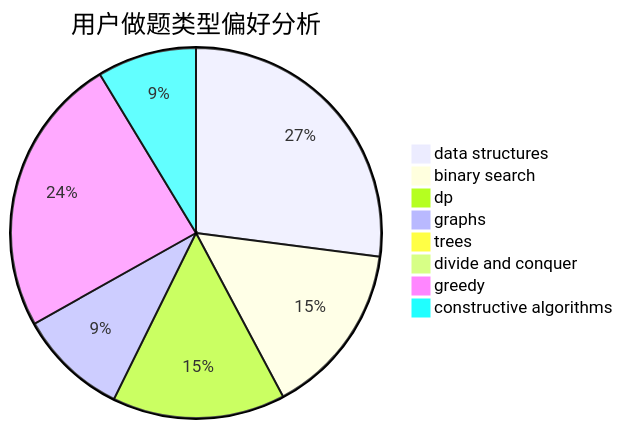
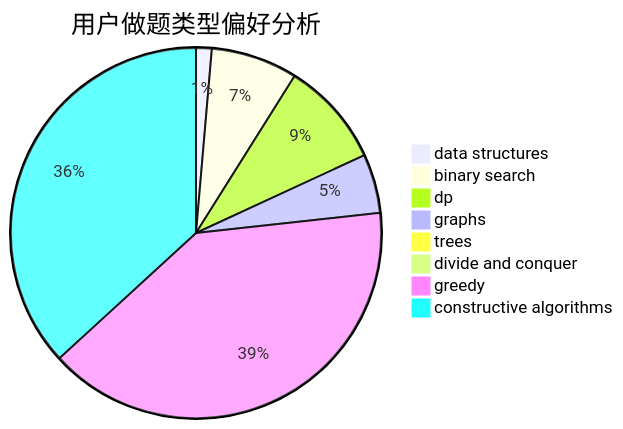
The second of 3 diagrams in docs/user/u1743.md (sherpahu/cfrs.github.io), drawn with Mermaid before and after one commit. The commit also changed other lines of this file and 2770 other files, not shown here.

````diff
--- a/docs/user/u1743.md
+++ b/docs/user/u1743.md
@@ -23,11 +23,11 @@
 ```mermaid
 pie title 用户做题类型偏好分析
-    "data structures" :  337
-    "binary search" :  189
-    "dp" :  188
-    "graphs" :  119
-    "trees" :  8
-    "divide and conquer" :  5
-    "greedy" :  305
-    "constructive algorithms" :  108
+    "data structures" :  21
+    "binary search" :  116
+    "dp" :  141
+    "graphs" :  79
+    "trees" :  14
+    "divide and conquer" :  15
+    "greedy" :  613
+    "constructive algorithms" :  565
 ```
````
